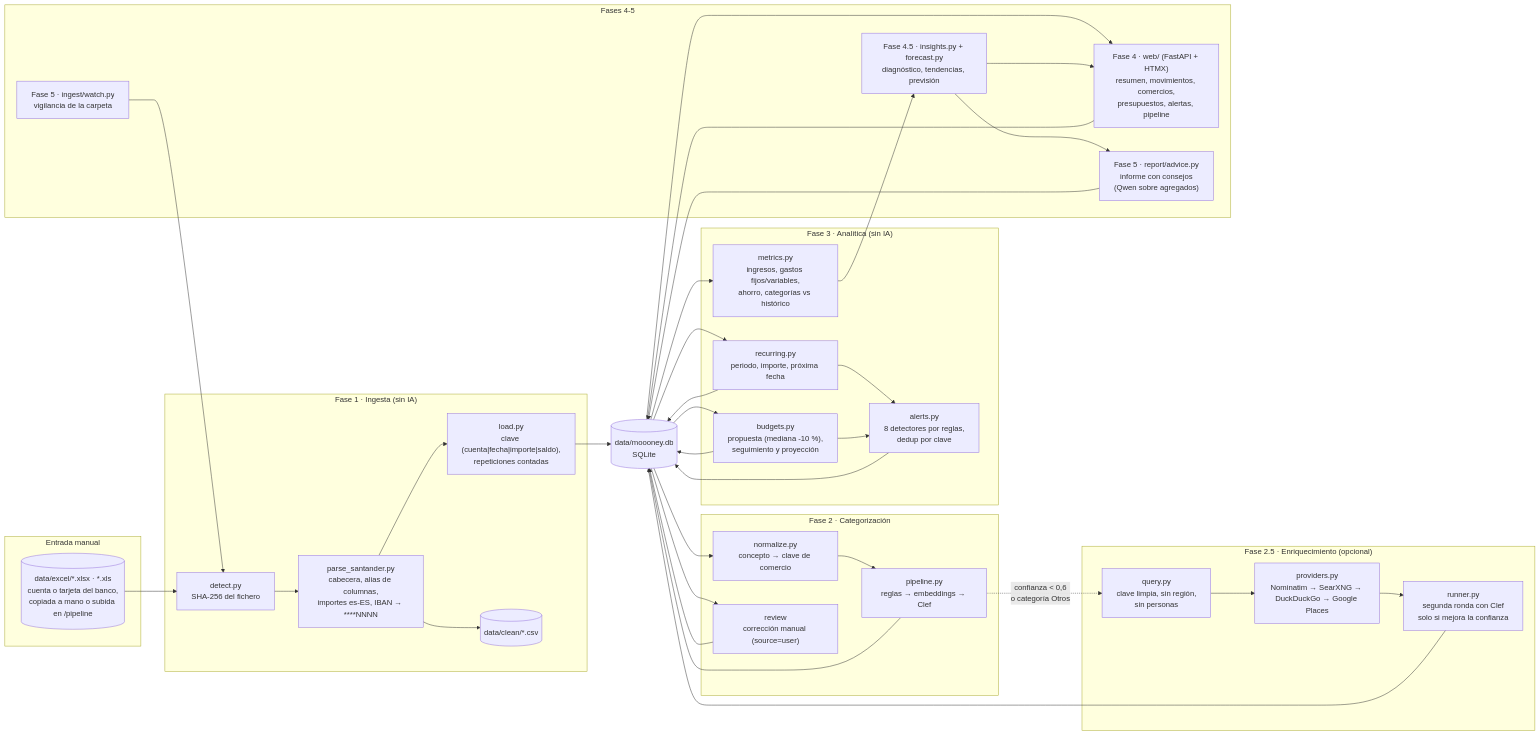
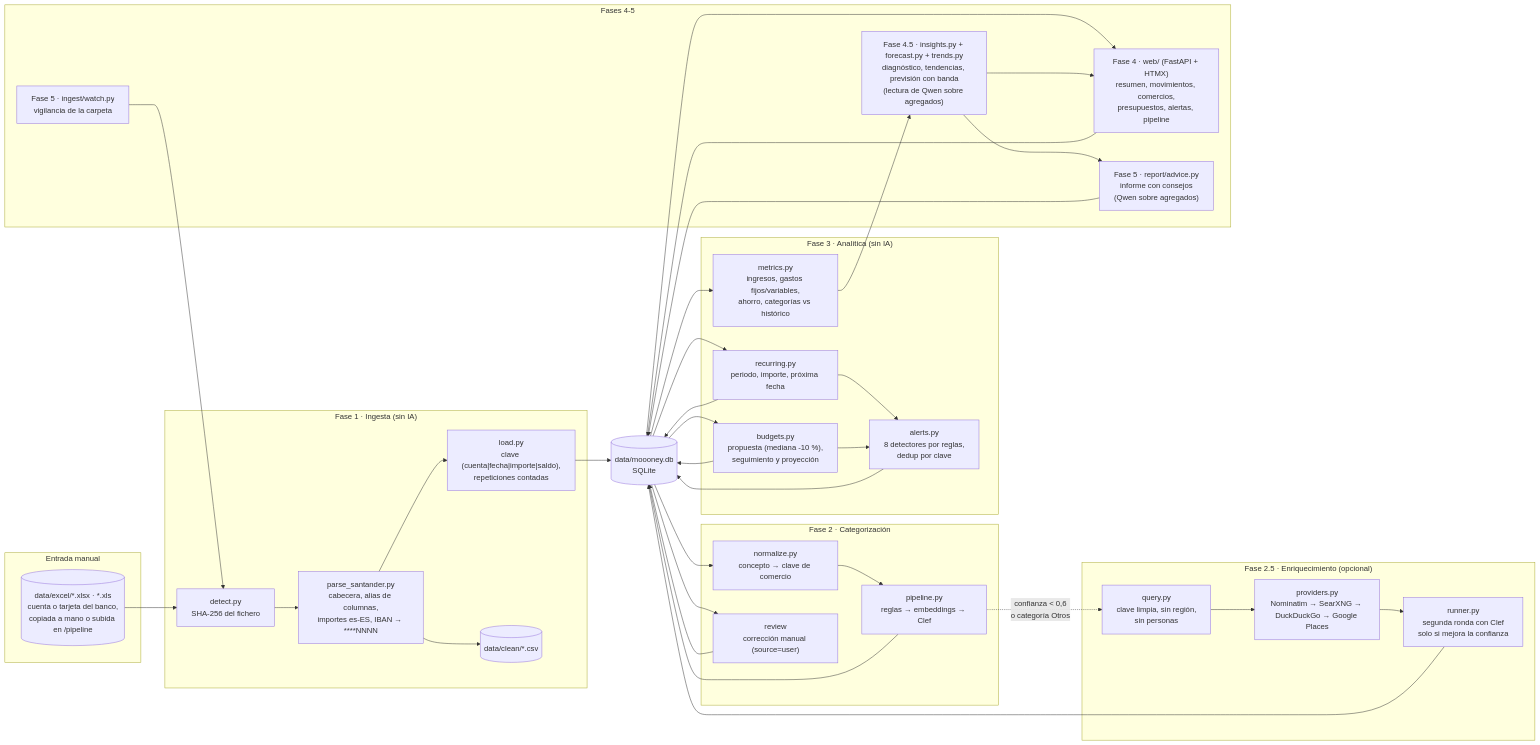
One commit to scavero/moooney changed the first of 4 diagrams in docs/ARQUITECTURA.md. Above: the diagram before and after it, drawn with Mermaid. The commit also changed 14 other files, not shown here.

First line of the commit message:
feat(tendencias): tendencia, picos de temporada y previsión con rango, con lectura del modelo

````diff
--- a/docs/ARQUITECTURA.md
+++ b/docs/ARQUITECTURA.md
@@ -12,59 +12,59 @@
 ```mermaid
 flowchart LR
     subgraph entrada["Entrada manual"]
         XLSX[("data/excel/*.xlsx · *.xls<br/>cuenta o tarjeta del banco,<br/>copiada a mano o subida en /pipeline")]
     end
 
     subgraph f1["Fase 1 · Ingesta (sin IA)"]
         DETECT["detect.py<br/>SHA-256 del fichero"]
         PARSE["parse_santander.py<br/>cabecera, alias de columnas,<br/>importes es-ES, IBAN → ****NNNN"]
         LOAD["load.py<br/>clave (cuenta|fecha|importe|saldo),<br/>repeticiones contadas"]
         CSV[("data/clean/*.csv")]
     end
 
     subgraph f2["Fase 2 · Categorización"]
         NORM["normalize.py<br/>concepto → clave de comercio"]
         CASCADE["pipeline.py<br/>reglas → embeddings → Clef"]
         REVIEW["review<br/>corrección manual (source=user)"]
     end
 
     subgraph f25["Fase 2.5 · Enriquecimiento (opcional)"]
         QUERY["query.py<br/>clave limpia, sin región,<br/>sin personas"]
         PROV["providers.py<br/>Nominatim → SearXNG → DuckDuckGo → Google Places"]
         ROUND2["runner.py<br/>segunda ronda con Clef<br/>solo si mejora la confianza"]
     end
 
     subgraph f3["Fase 3 · Analítica (sin IA)"]
         RECUR["recurring.py<br/>periodo, importe, próxima fecha"]
         METRICS["metrics.py<br/>ingresos, gastos fijos/variables,<br/>ahorro, categorías vs histórico"]
         BUDGET["budgets.py<br/>propuesta (mediana -10 %),<br/>seguimiento y proyección"]
         ALERTS["alerts.py<br/>8 detectores por reglas,<br/>dedup por clave"]
     end
 
     subgraph f45["Fases 4-5"]
         GUI["Fase 4 · web/ (FastAPI + HTMX)<br/>resumen, movimientos, comercios,<br/>presupuestos, alertas, pipeline"]
-        INS["Fase 4.5 · insights.py + forecast.py<br/>diagnóstico, tendencias, previsión"]
+        INS["Fase 4.5 · insights.py + forecast.py + trends.py<br/>diagnóstico, tendencias, previsión con banda<br/>(lectura de Qwen sobre agregados)"]
         REPORT["Fase 5 · report/advice.py<br/>informe con consejos<br/>(Qwen sobre agregados)"]
         WATCH["Fase 5 · ingest/watch.py<br/>vigilancia de la carpeta"]
     end
 
     DB[("data/moooney.db<br/>SQLite")]
 
     XLSX --> DETECT --> PARSE --> LOAD
     PARSE --> CSV
     LOAD --> DB
     DB --> NORM --> CASCADE --> DB
     DB --> REVIEW --> DB
     CASCADE -. "confianza < 0,6<br/>o categoría Otros" .-> QUERY --> PROV --> ROUND2 --> DB
     DB --> RECUR --> DB
     DB --> METRICS
     DB --> BUDGET --> DB
     RECUR --> ALERTS
     BUDGET --> ALERTS --> DB
     DB --> GUI --> DB
     METRICS --> INS --> GUI
     INS --> REPORT --> DB
     WATCH --> DETECT
 
     classDef todo fill:#eee,stroke:#999,color:#666,stroke-dasharray: 4 3
 ```
````
